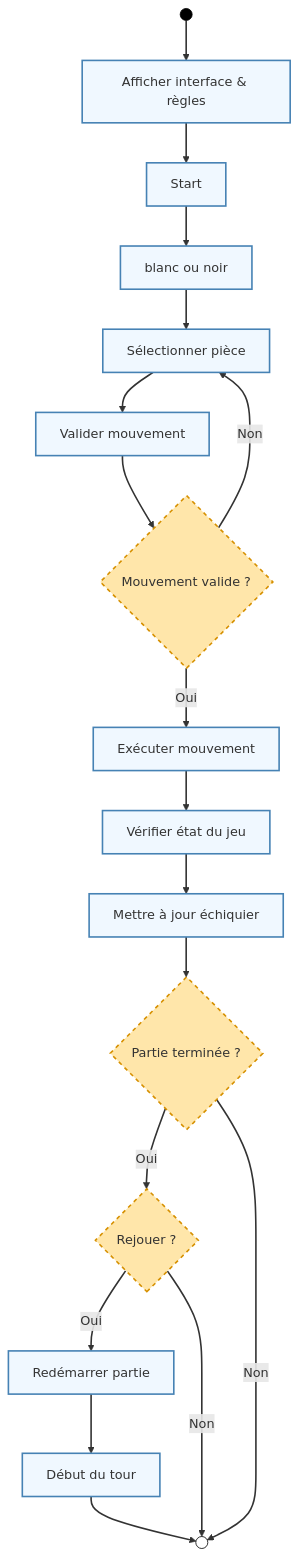
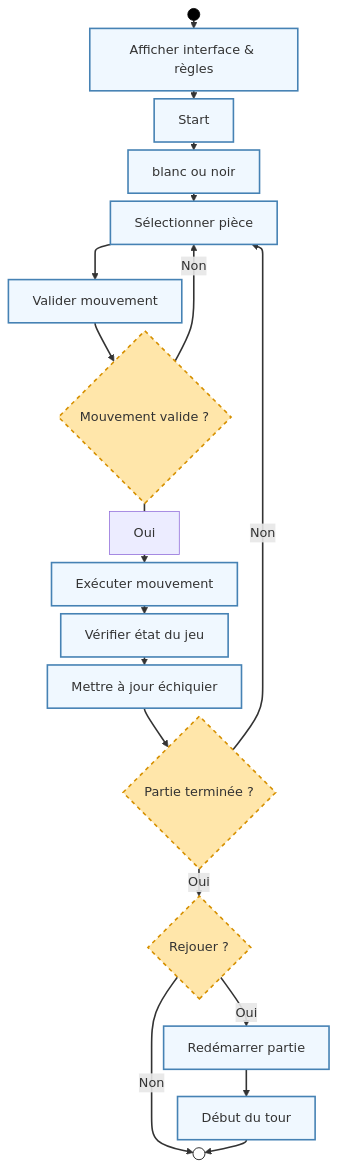
Before and after one commit to Wesleysnipzz/fil-rouge: the diagram in uml/diagram.mmd, drawn with Mermaid. The commit also changed 1 other file, not shown here.

```diff
--- a/uml/diagram.mmd
+++ b/uml/diagram.mmd
@@ -1,51 +1,47 @@
+%%{init: {'flowchart': {'nodeSpacing': 10, 'rankSpacing': 10}}}%%
 flowchart TD
-    
-    
     START(( ))
     style START fill:#000,stroke:#000,stroke-width:1px,color:#fff,width:90px,height:90px
-    
-    
+
     END(( ))
     style END fill:#fff,stroke:#000,stroke-width:1px,width:90px,height:90px
 
-    
     A[Afficher interface & règles]
     B[Start]
     C[blanc ou noir]
     D[Sélectionner pièce]
     E[Valider mouvement]
     F{Mouvement valide ?}
     G[Exécuter mouvement]
     H[Vérifier état du jeu]
     I[Mettre à jour échiquier]
     J{Partie terminée ?}
     M{Rejouer ?}
     N[Redémarrer partie]
     O[Début du tour]
 
-    
     START --> A
     A --> B
     B --> C
     C --> D
-    D --> E
+    D ---> E
     E --> F
-    F -- Oui --> G
+    F --- Oui --> G
     G --> H
     H --> I
     I --> J
     J -- Oui --> M
     M -- Oui --> N
     N --> O
     M -- Non --> END
-    J -- Non --> END
+    J -- Non --> D
     F -- Non --> D
     O --> END
 
     linkStyle default stroke:#333,stroke-width:2px
 
     classDef decision fill:#FFE6AA,stroke:#D69000,stroke-width:2px,stroke-dasharray: 5 5;
     class F,J,M decision;
 
     classDef action fill:#F0F8FF,stroke:#4682B4,stroke-width:2px;
     class A,B,C,D,E,G,H,I,N,O action;
```
